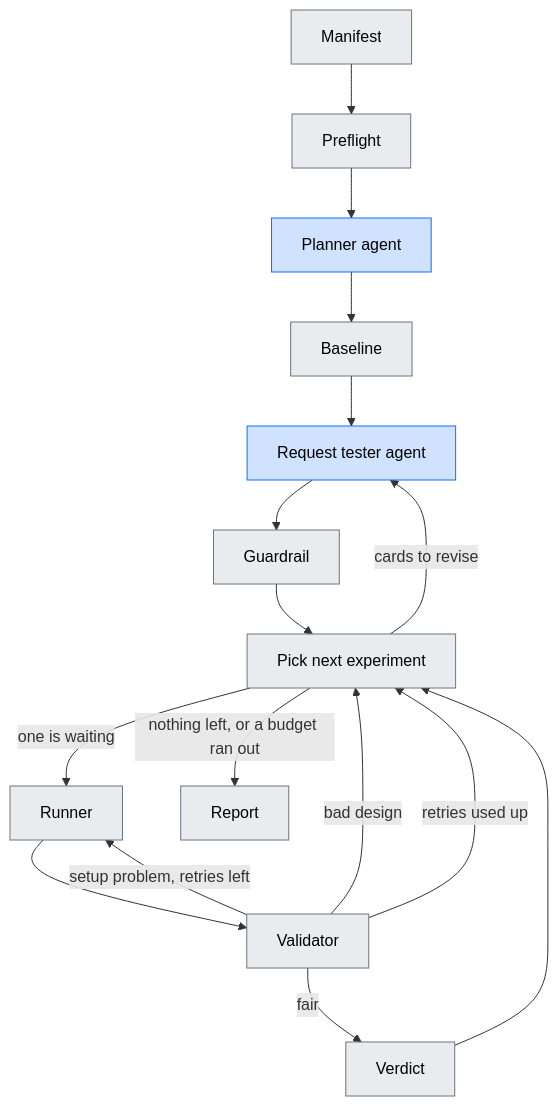
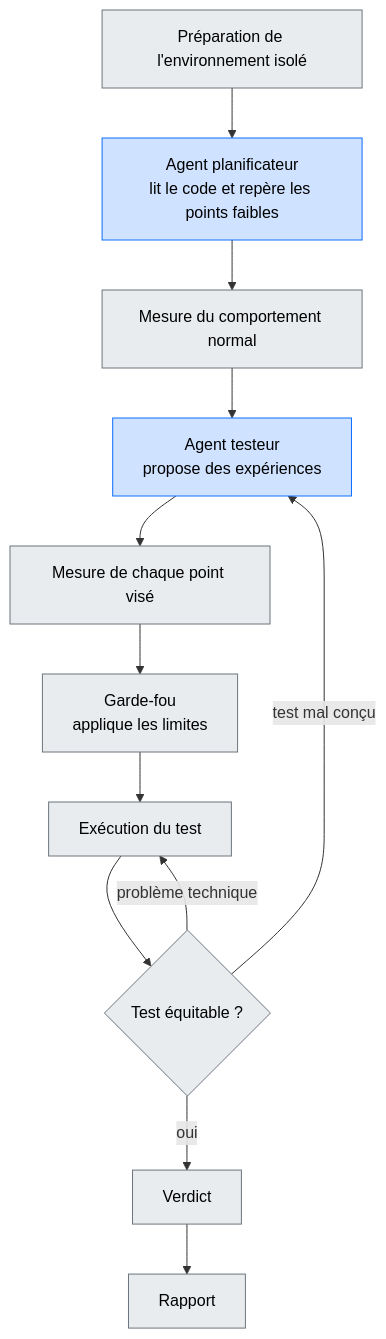
Before and after one commit to AymenZ/Chaos-testing-multi-agent-system: the diagram in README.md, drawn with Mermaid. The commit also changed other lines of this file and 14 other files, not shown here.

````diff
--- a/README.md
+++ b/README.md
@@ -18,23 +21,19 @@
 ```mermaid
 flowchart TD
-    A["Manifest"] --> B["Preflight"]
-    B --> C["Planner agent"]
-    C --> D["Baseline"]
-    D --> E["Request tester agent"]
-    E --> F["Guardrail"]
-    F --> P["Pick next experiment"]
-    P -->|"one is waiting"| G["Runner"]
-    P -->|"cards to revise"| E
-    P -->|"nothing left, or a budget ran out"| R["Report"]
-    G --> H["Validator"]
-    H -->|"setup problem, retries left"| G
-    H -->|"bad design"| P
-    H -->|"retries used up"| P
-    H -->|"fair"| I["Verdict"]
-    I --> P
+    A["Préparation de l'environnement isolé"] --> B["Agent planificateur<br/>lit le code et repère les points faibles"]
+    B --> C["Mesure du comportement normal"]
+    C --> D["Agent testeur<br/>propose des expériences"]
+    D --> E["Mesure de chaque point visé"]
+    E --> F["Garde-fou<br/>applique les limites"]
+    F --> G["Exécution du test"]
+    G --> H{"Test équitable ?"}
+    H -->|"problème technique"| G
+    H -->|"test mal conçu"| D
+    H -->|"oui"| I["Verdict"]
+    I --> J["Rapport"]
 
     classDef agent fill:#cfe2ff,stroke:#0d6efd,color:#000
     classDef code fill:#e9ecef,stroke:#6c757d,color:#000
-    class C,E agent
-    class A,B,D,F,P,G,H,I,R code
+    class B,D agent
+    class A,C,E,F,G,H,I,J code
 ```
````
